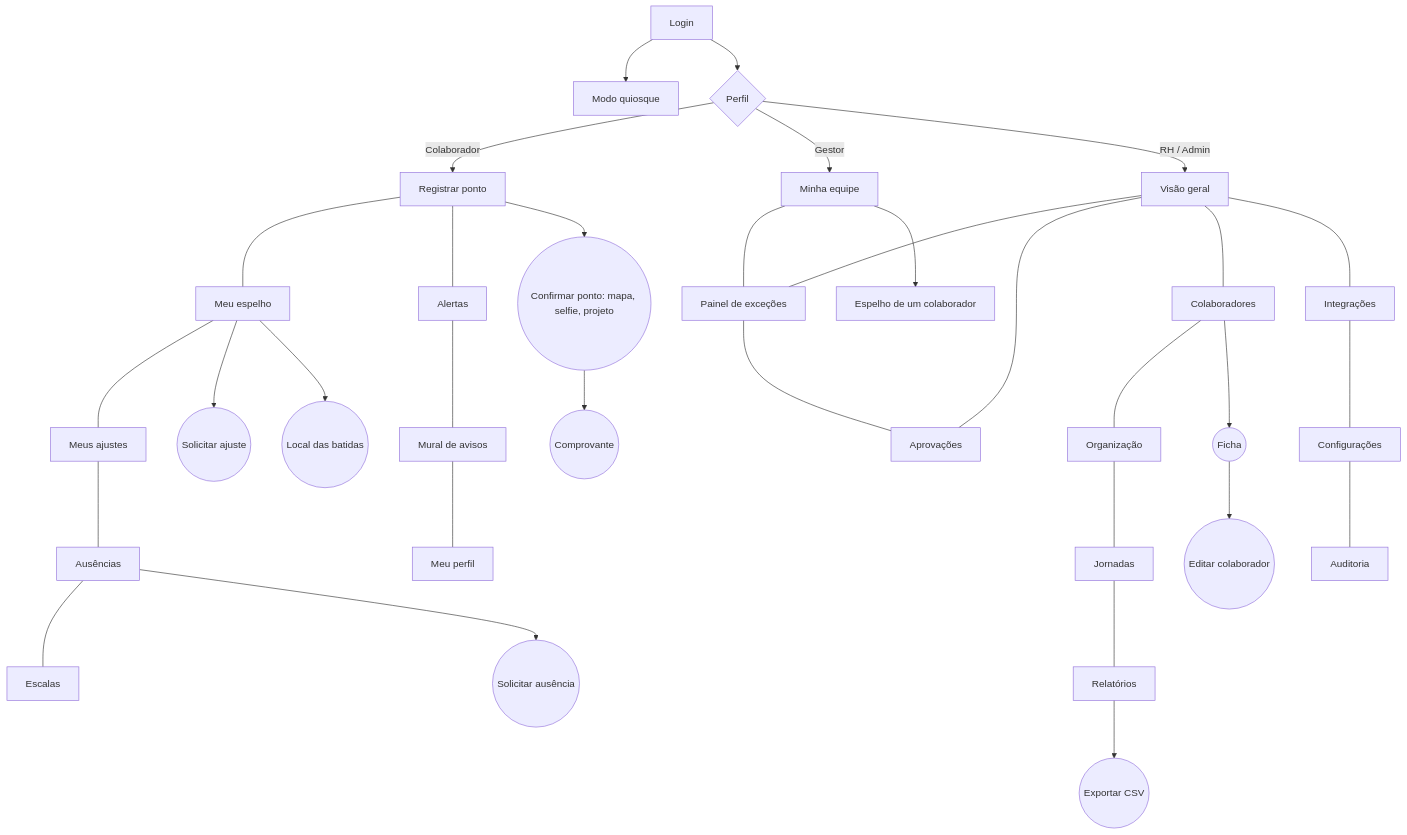
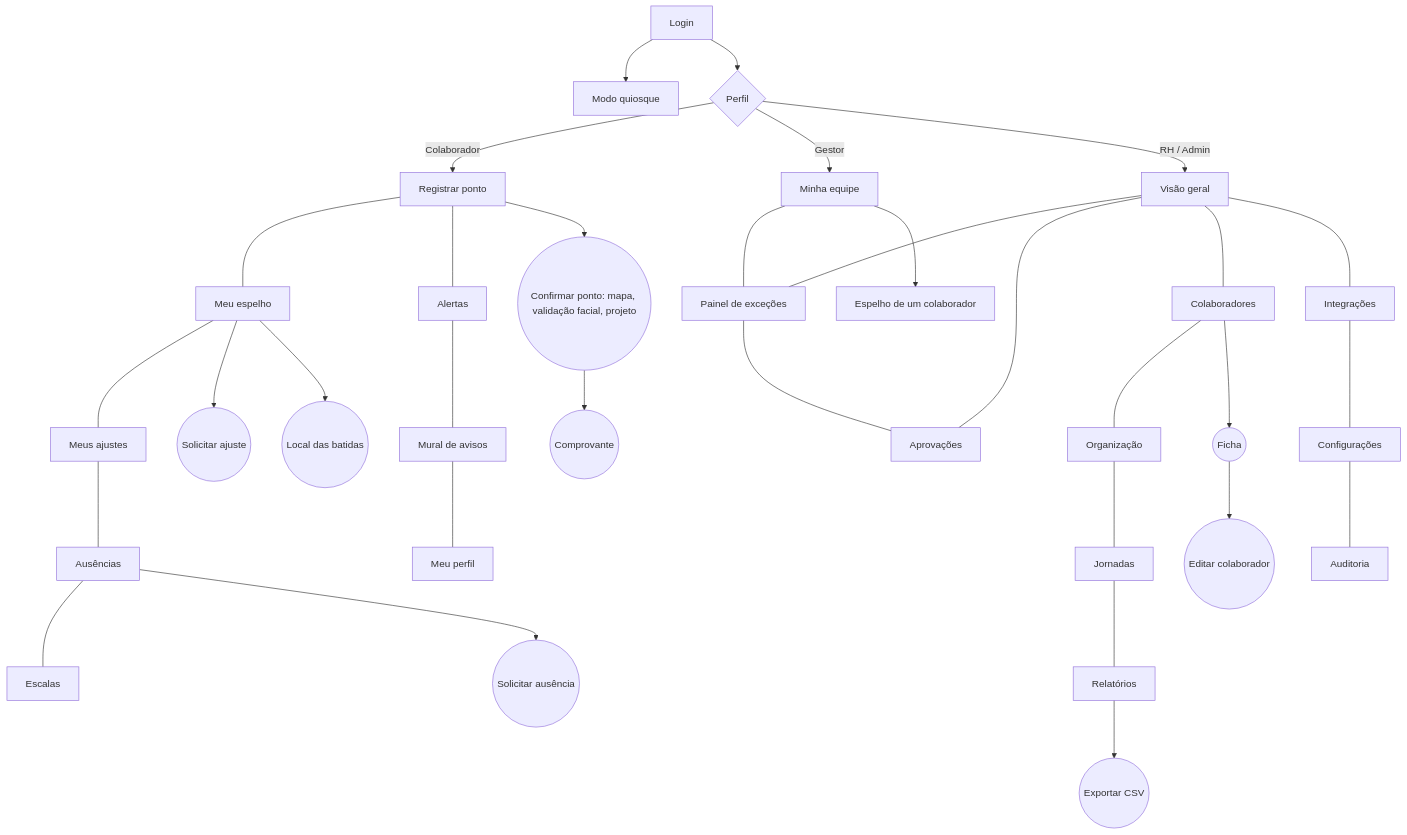
Before and after one commit to GuedesIgor/AxSys-IT: the diagram in docs/05-paginas-e-layout.md, drawn with Mermaid. The commit also changed other lines of this file and 12 other files, not shown here.

First line of the commit message:
Validação facial com prova de vida obrigatória na batida e cadastro facial obrigatório no cadastro de usuário

````diff
--- a/docs/05-paginas-e-layout.md
+++ b/docs/05-paginas-e-layout.md
@@ -7,26 +7,26 @@
 ```mermaid
 flowchart TD
     L[Login] --> Q[Modo quiosque]
     L --> P{Perfil}
     P -->|Colaborador| PT[Registrar ponto]
     P -->|Gestor| EQ[Minha equipe]
     P -->|RH / Admin| VG[Visão geral]
 
     PT --- ES[Meu espelho] --- MA[Meus ajustes] --- AU[Ausências] --- EC[Escalas]
     PT --- AL[Alertas] --- MU[Mural de avisos] --- PF[Meu perfil]
 
     EQ --- EX[Painel de exceções] --- AP[Aprovações]
     EQ --> EE[Espelho de um colaborador]
 
     VG --- EX
     VG --- AP
     VG --- CO[Colaboradores] --- OR[Organização] --- JO[Jornadas] --- RE[Relatórios]
     VG --- IN[Integrações] --- CF[Configurações] --- AD[Auditoria]
 
-    PT --> MC((Confirmar ponto: mapa, selfie, projeto)) --> CP((Comprovante))
+    PT --> MC((Confirmar ponto: mapa, validação facial, projeto)) --> CP((Comprovante))
     ES --> MJ((Solicitar ajuste))
     ES --> ML((Local das batidas))
     AU --> MS((Solicitar ausência))
     CO --> MF((Ficha)) --> ME((Editar colaborador))
     RE --> MX((Exportar CSV))
 ```
````
